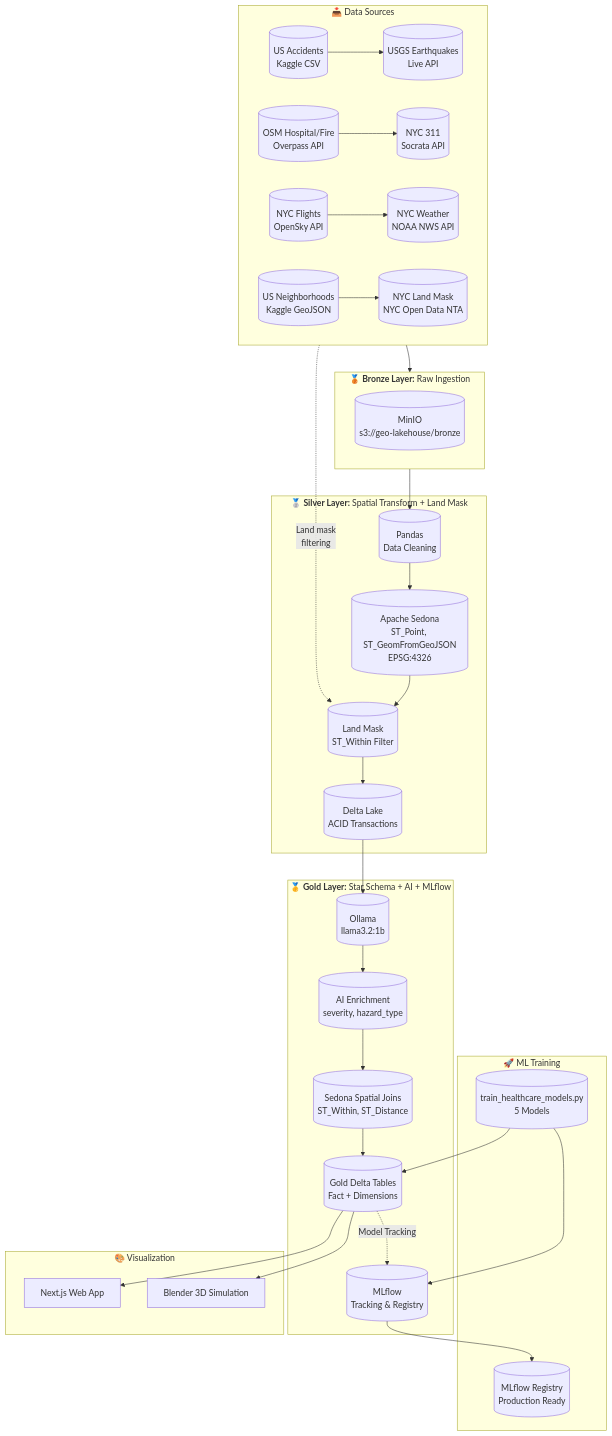
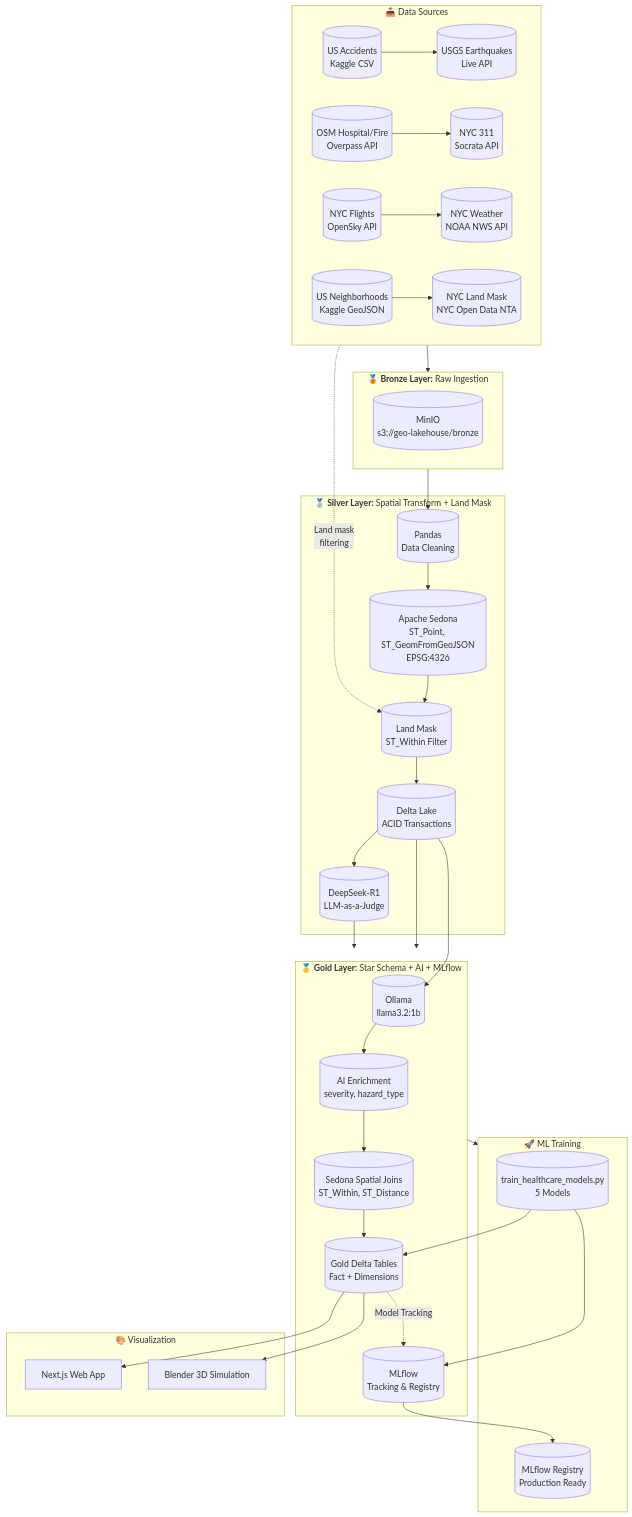
Before and after one commit to matiasmagni/geo-ai-medallion-architecture-pipeline: the first of 7 diagrams in README.md, drawn with Mermaid. The commit also changed other lines of this file and 1 other file, not shown here.

First line of the commit message:
Add LLM-as-a-Judge quality audit script and update README

````diff
--- a/README.md
+++ b/README.md
@@ -39,55 +40,60 @@
 ```mermaid
 flowchart TB
     subgraph Sources["📥 Data Sources"]
         direction LR
         S1[("US Accidents<br/>Kaggle CSV")] --> S2[("USGS Earthquakes<br/>Live API")]
         S3[("OSM Hospital/Fire<br/>Overpass API")] --> S4[("NYC 311<br/>Socrata API")]
         S5[("NYC Flights<br/>OpenSky API")] --> S6[("NYC Weather<br/>NOAA NWS API")]
         S7[("US Neighborhoods<br/>Kaggle GeoJSON")] --> S8[("NYC Land Mask<br/>NYC Open Data NTA")]
     end
     
     subgraph Bronze["<b>🥉 Bronze Layer:</b> Raw Ingestion"]
         B[("MinIO<br/>s3://geo-lakehouse/bronze")]
     end
     
     subgraph Silver["<b>🥈 Silver Layer:</b> Spatial Transform + Land Mask"]
         ST[("Apache Sedona<br/>ST_Point, ST_GeomFromGeoJSON<br/>EPSG:4326")]
         PANDAS[("Pandas<br/>Data Cleaning")]
         Mask[("Land Mask<br/>ST_Within Filter")]
         SDelta[("Delta Lake<br/>ACID Transactions")]
+        Judge[("DeepSeek-R1<br/>LLM-as-a-Judge")]
     end
     
     subgraph Gold["<b>🥇 Gold Layer:</b> Star Schema + AI + MLflow"]
         Ollama[("Ollama<br/>llama3.2:1b")]
         AI[("AI Enrichment<br/>severity, hazard_type")]
         SJ[("Sedona Spatial Joins<br/>ST_Within, ST_Distance")]
         GF[("Gold Delta Tables<br/>Fact + Dimensions")]
         ML[("MLflow<br/>Tracking & Registry")]
     end
     
     subgraph Training["🚀 ML Training"]
         T[("train_healthcare_models.py<br/>5 Models")]
         T --> ML
         ML --> MR[("MLflow Registry<br/>Production Ready")]
     end
     
     subgraph Viz["🎨 Visualization"]
         WA["Next.js Web App"]
         B3D["Blender 3D Simulation"]
     end
     
     Sources --> Bronze
     Bronze --> PANDAS
     PANDAS --> ST
     ST --> Mask
+    Mask --> SDelta
+    SDelta --> Judge
+    SDelta --> Gold
+    Judge --> Gold
+    Gold --> Training
     S8 -.->|Land mask<br/>filtering| Mask
-    Mask --> SDelta
     SDelta --> Ollama
     Ollama --> AI
     AI --> SJ
     SJ --> GF
     GF -.->|Model Tracking| ML
     GF --> WA
     GF --> B3D
     T --> GF
 ```
````
